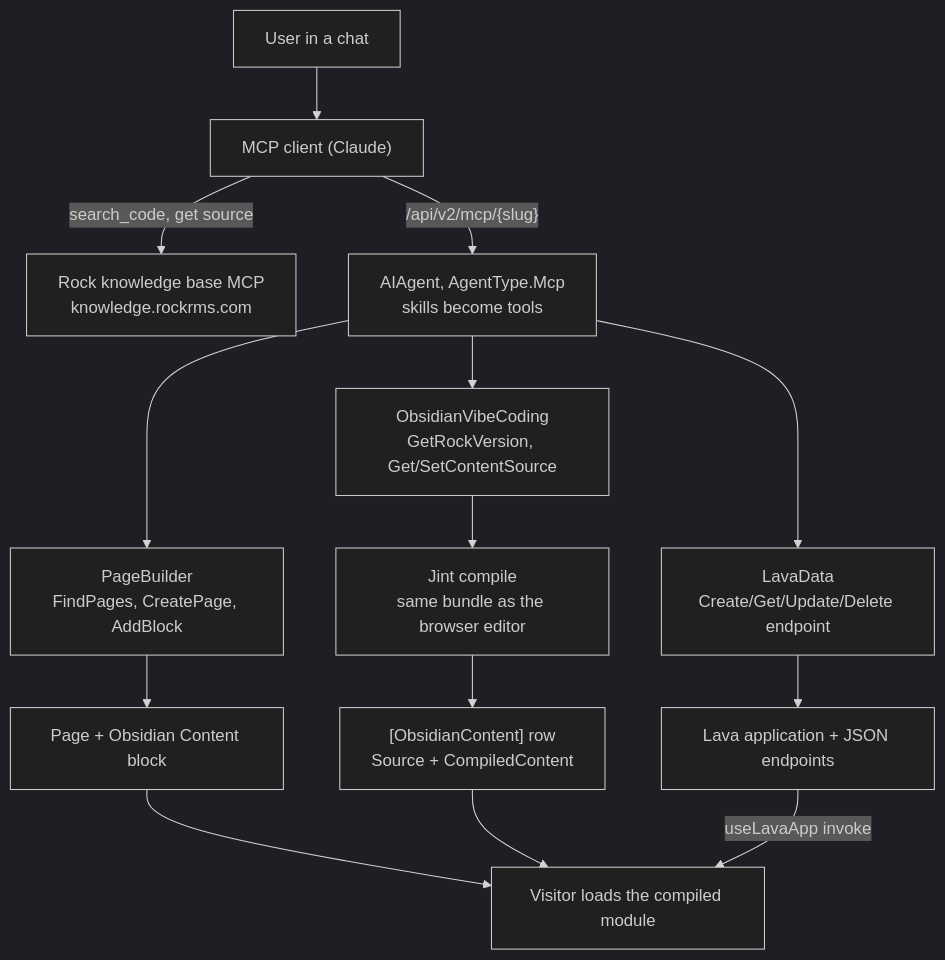
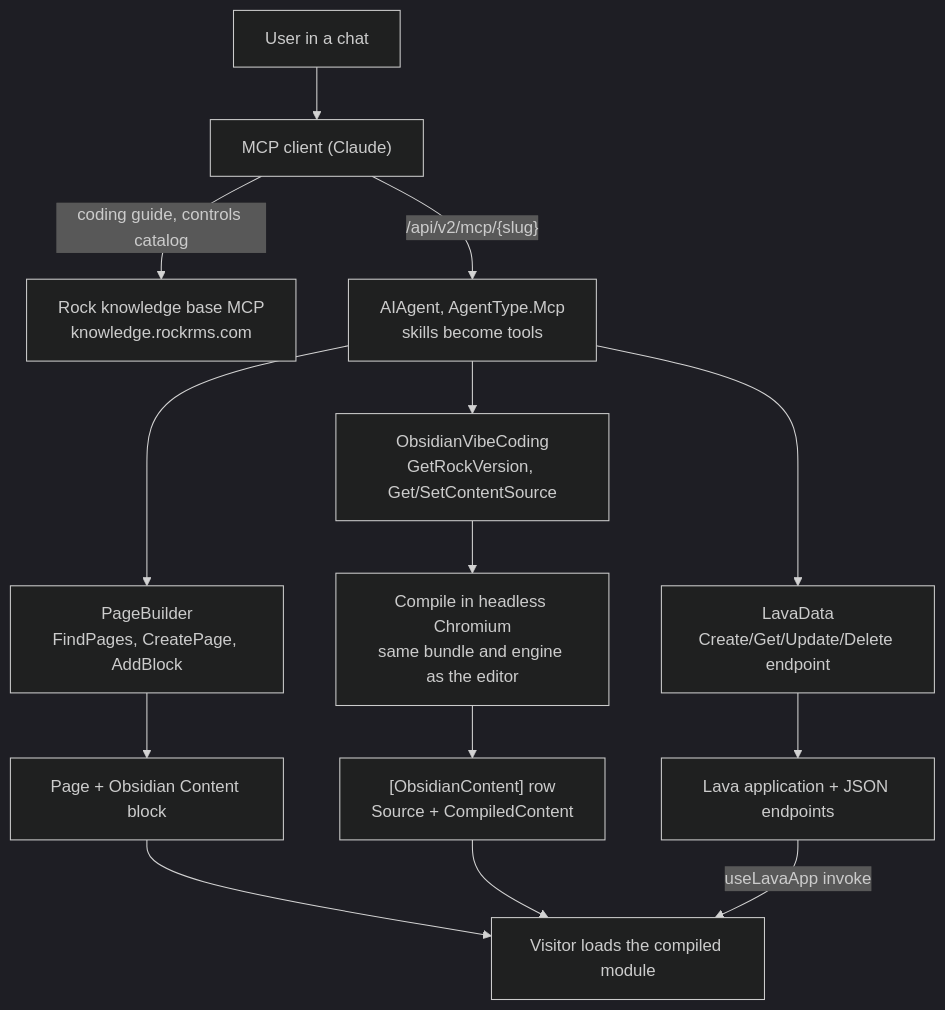
One commit to SparkDevNetwork/Rock changed the diagram in docs/ai/vibe-coding-architecture.md. Above: the diagram before and after it, drawn with Mermaid (dark theme). The commit also changed other lines of this file and 13 other files, not shown here.

````diff
--- a/docs/ai/vibe-coding-architecture.md
+++ b/docs/ai/vibe-coding-architecture.md
@@ -51,16 +57,16 @@
 ```mermaid
 flowchart TD
     User["User in a chat"] --> Client["MCP client (Claude)"]
-    Client -->|"search_code, get source"| KB["Rock knowledge base MCP<br/>knowledge.rockrms.com"]
+    Client -->|"coding guide, controls catalog"| KB["Rock knowledge base MCP<br/>knowledge.rockrms.com"]
     Client -->|"/api/v2/mcp/{slug}"| Agent["AIAgent, AgentType.Mcp<br/>skills become tools"]
     Agent --> PB["PageBuilder<br/>FindPages, CreatePage, AddBlock"]
     Agent --> VC["ObsidianVibeCoding<br/>GetRockVersion, Get/SetContentSource"]
     Agent --> LD["LavaData<br/>Create/Get/Update/Delete endpoint"]
     PB --> Page["Page + Obsidian Content block"]
     LD --> Lava["Lava application + JSON endpoints"]
-    VC --> Jint["Jint compile<br/>same bundle as the browser editor"]
-    Jint --> Table["[ObsidianContent] row<br/>Source + CompiledContent"]
+    VC --> Compile["Compile in headless Chromium<br/>same bundle and engine as the editor"]
+    Compile --> Table["[ObsidianContent] row<br/>Source + CompiledContent"]
     Page --> Visitor["Visitor loads the compiled module"]
     Table --> Visitor
     Lava -->|"useLavaApp invoke"| Visitor
 ```
````
